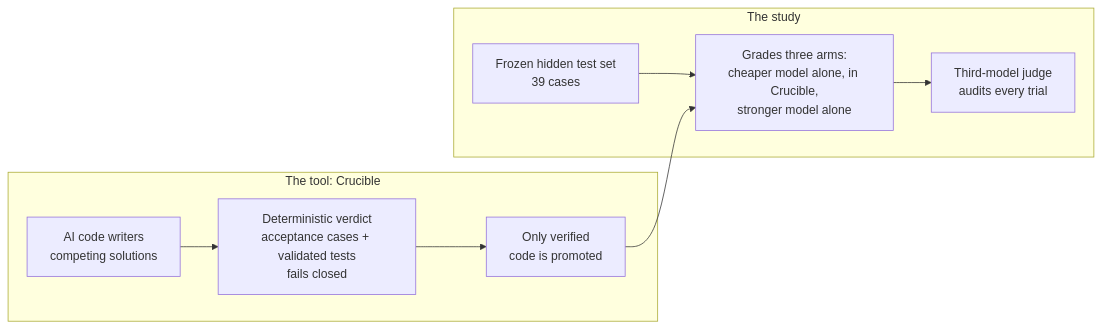
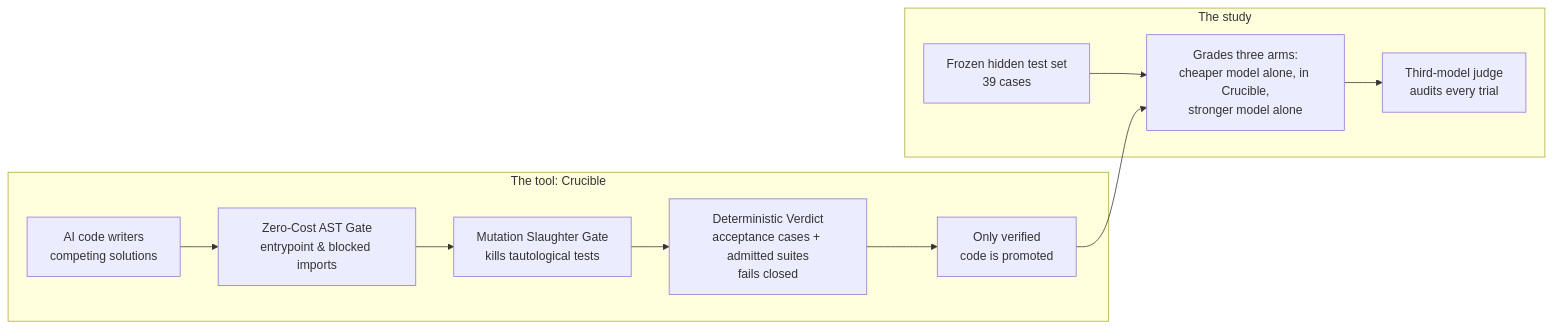
The diagram in README.md (WrdCstlg/crucible-Sept), drawn with Mermaid before and after one commit. The commit also changed other lines of this file and 11 other files, not shown here.

````diff
--- a/README.md
+++ b/README.md
@@ -54,12 +36,14 @@
 ```mermaid
 flowchart LR
     subgraph TOOL["The tool: Crucible"]
-        W["AI code writers<br/>competing solutions"] --> V["Deterministic verdict<br/>acceptance cases + validated tests<br/>fails closed"]
+        W["AI code writers<br/>competing solutions"] --> AST["Zero-Cost AST Gate<br/>entrypoint & blocked imports"]
+        AST --> M["Mutation Slaughter Gate<br/>kills tautological tests"]
+        M --> V["Deterministic Verdict<br/>acceptance cases + admitted suites<br/>fails closed"]
         V --> PR["Only verified<br/>code is promoted"]
     end
     subgraph STUDY["The study"]
         H["Frozen hidden test set<br/>39 cases"] --> G["Grades three arms:<br/>cheaper model alone, in Crucible,<br/>stronger model alone"]
         G --> J["Third-model judge<br/>audits every trial"]
     end
     PR --> G
 ```
````
